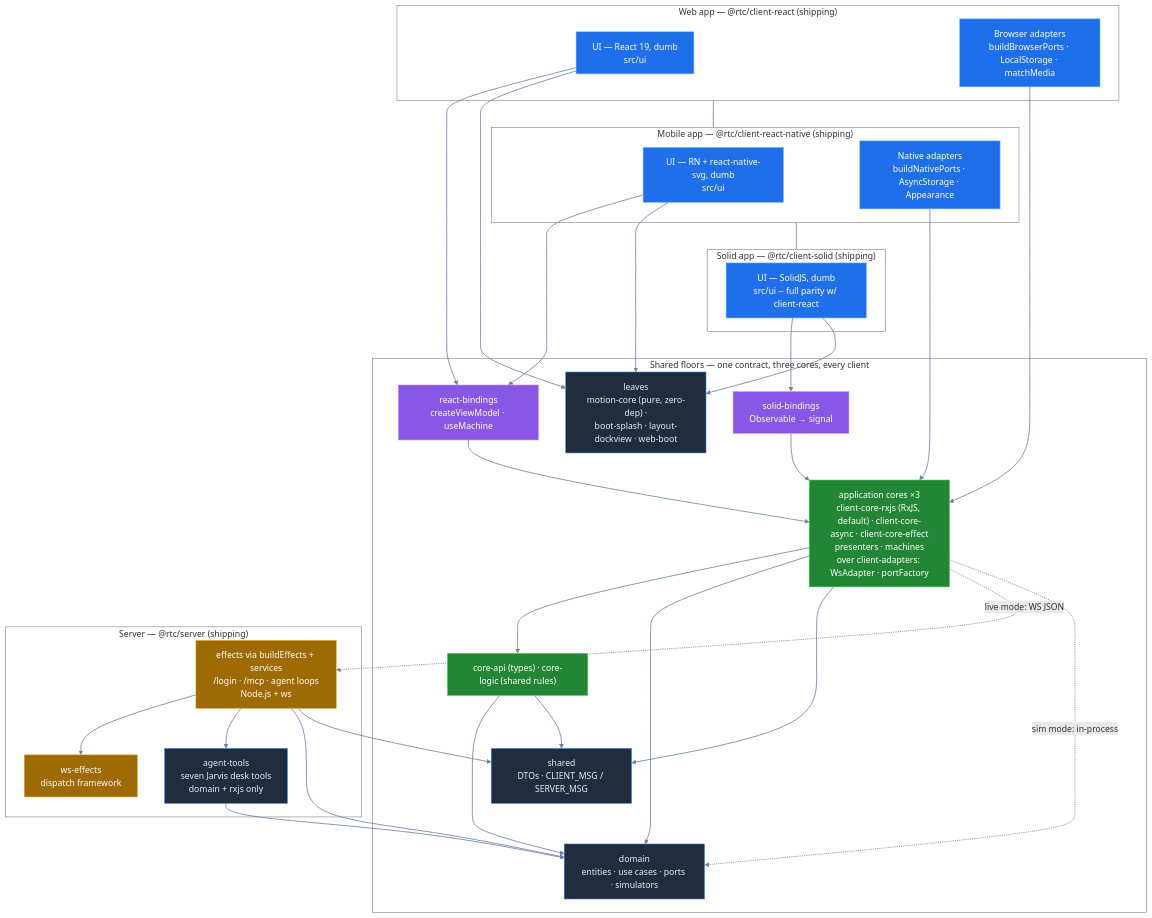
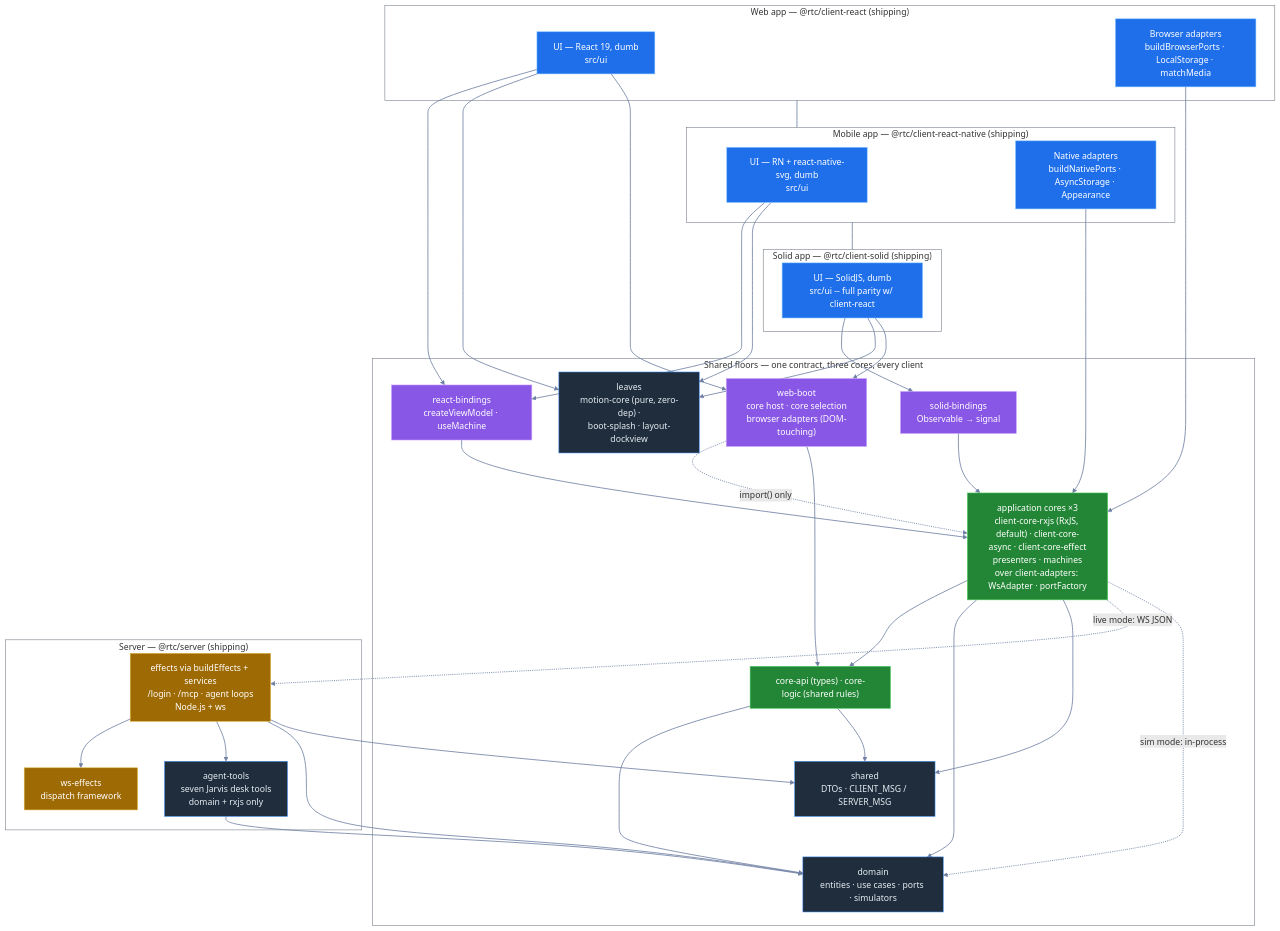
The diagram in docs/architecture/13-codebase-map.md (bettersoftware-io/ReactiveTraderCloudClone), drawn with Mermaid before and after one commit. The commit also changed other lines of this file and 9 other files, not shown here.

First line of the commit message:
docs(web-boot): counts and placements read true

````diff
--- a/docs/architecture/13-codebase-map.md
+++ b/docs/architecture/13-codebase-map.md
@@ -11,71 +11,76 @@
 ```mermaid
 flowchart TB
     subgraph WebApp["Web app — @rtc/client-react (shipping)"]
         webUi["UI — React 19, dumb<br/>src/ui"]:::ui
         webAdapt["Browser adapters<br/>buildBrowserPorts · LocalStorage · matchMedia"]:::ui
     end
 
     subgraph MobileApp["Mobile app — @rtc/client-react-native (shipping)"]
         rnUi["UI — RN + react-native-svg, dumb<br/>src/ui"]:::ui
         rnAdapt["Native adapters<br/>buildNativePorts · AsyncStorage · Appearance"]:::ui
     end
 
     subgraph SolidApp["Solid app — @rtc/client-solid (shipping)"]
         solidUi["UI — SolidJS, dumb<br/>src/ui -- full parity w/ client-react"]:::ui
     end
 
     subgraph SharedFloors["Shared floors — one contract, three cores, every client"]
         rb["react-bindings<br/>createViewModel · useMachine"]:::bridge
         sb["solid-bindings<br/>Observable → signal"]:::bridge
+        wb["web-boot<br/>core host · core selection<br/>browser adapters (DOM-touching)"]:::bridge
         core["application cores ×3<br/>client-core-rxjs (RxJS, default) · client-core-async · client-core-effect<br/>presenters · machines<br/>over client-adapters: WsAdapter · portFactory"]:::core
         api["core-api (types) · core-logic (shared rules)"]:::core
         domain["domain<br/>entities · use cases · ports · simulators"]:::domain
         shared["shared<br/>DTOs · CLIENT_MSG / SERVER_MSG"]:::domain
-        motion["leaves<br/>motion-core (pure, zero-dep) ·<br/>boot-splash · layout-dockview · web-boot"]:::domain
+        motion["leaves<br/>motion-core (pure, zero-dep) ·<br/>boot-splash · layout-dockview"]:::domain
     end
 
     subgraph Server["Server — @rtc/server (shipping)"]
         srv["effects via buildEffects + services<br/>/login · /mcp · agent loops<br/>Node.js + ws"]:::server
         wse["ws-effects<br/>dispatch framework"]:::server
         agt["agent-tools<br/>seven Jarvis desk tools<br/>domain + rxjs only"]:::domain
     end
 
     webUi --> rb
     webUi --> motion
+    webUi --> wb
     webAdapt --> core
     rnUi --> rb
     rnUi --> motion
     rnAdapt --> core
     solidUi --> sb
     solidUi --> motion
+    solidUi --> wb
     rb --> core
     sb --> core
+    wb -. "import() only" .-> core
+    wb --> api
     core --> api
     core --> domain
     core --> shared
     api --> domain
     api --> shared
     core -. "live mode: WS JSON" .-> srv
     core -. "sim mode: in-process" .-> domain
     srv --> wse
     srv --> agt
     srv --> domain
     srv --> shared
     agt --> domain
 
     %% stack the three app buildings vertically (edge-less subgraphs would tile side by side)
     WebApp ~~~ MobileApp
     MobileApp ~~~ SolidApp
 
     classDef ui fill:#1f6feb,stroke:#79c0ff,color:#ffffff
     classDef bridge fill:#8957e5,stroke:#d2a8ff,color:#ffffff
     classDef core fill:#238636,stroke:#56d364,color:#ffffff
     classDef server fill:#9e6a03,stroke:#e3b341,color:#ffffff
     classDef domain fill:#1f2d3d,stroke:#4493f8,color:#e6edf3
     style WebApp fill:transparent,stroke:#6e7681
     style MobileApp fill:transparent,stroke:#6e7681
     style SolidApp fill:transparent,stroke:#6e7681
     style SharedFloors fill:transparent,stroke:#6e7681
     style Server fill:transparent,stroke:#6e7681
     linkStyle default stroke:#6e7fa3,stroke-width:1.5px
 ```
````
